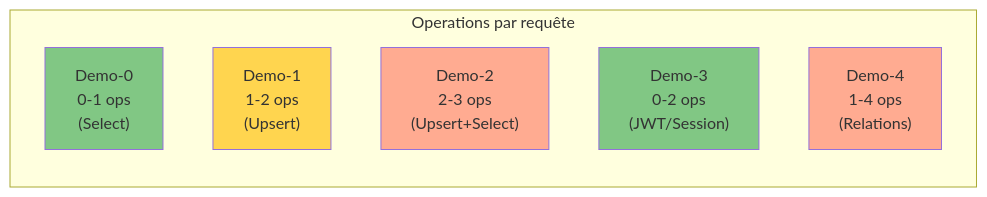
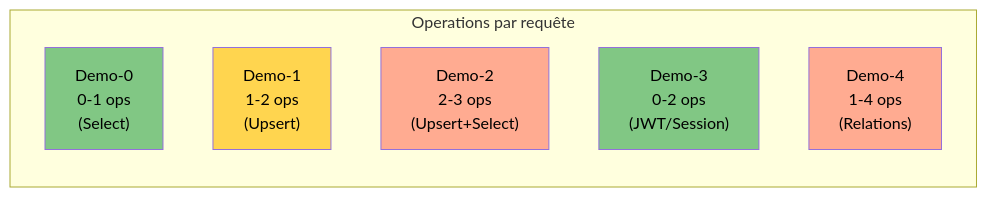
Diagram 36 of 39 in 02-DIAGRAMMES_ARCHITECTURES.md (inskillflow/auths-1-NEXTJS-introduction), drawn with Mermaid before and after one commit. The commit also changed other lines of this file, not shown here.

````diff
--- a/02-DIAGRAMMES_ARCHITECTURES.md
+++ b/02-DIAGRAMMES_ARCHITECTURES.md
@@ -1157,16 +1157,16 @@
 ```mermaid
 graph LR
     subgraph "Operations par requête"
         O0["Demo-0<br/>0-1 ops<br/>(Select)"]
         O1["Demo-1<br/>1-2 ops<br/>(Upsert)"]
         O2["Demo-2<br/>2-3 ops<br/>(Upsert+Select)"]
         O3["Demo-3<br/>0-2 ops<br/>(JWT/Session)"]
         O4["Demo-4<br/>1-4 ops<br/>(Relations)"]
     end
     
-    style O0 fill:#81c784
-    style O1 fill:#ffd54f
-    style O2 fill:#ffab91
-    style O3 fill:#81c784
-    style O4 fill:#ffab91
+    style O0 fill:#81c784,color:#000
+    style O1 fill:#ffd54f,color:#000
+    style O2 fill:#ffab91,color:#000
+    style O3 fill:#81c784,color:#000
+    style O4 fill:#ffab91,color:#000
 ```
````
